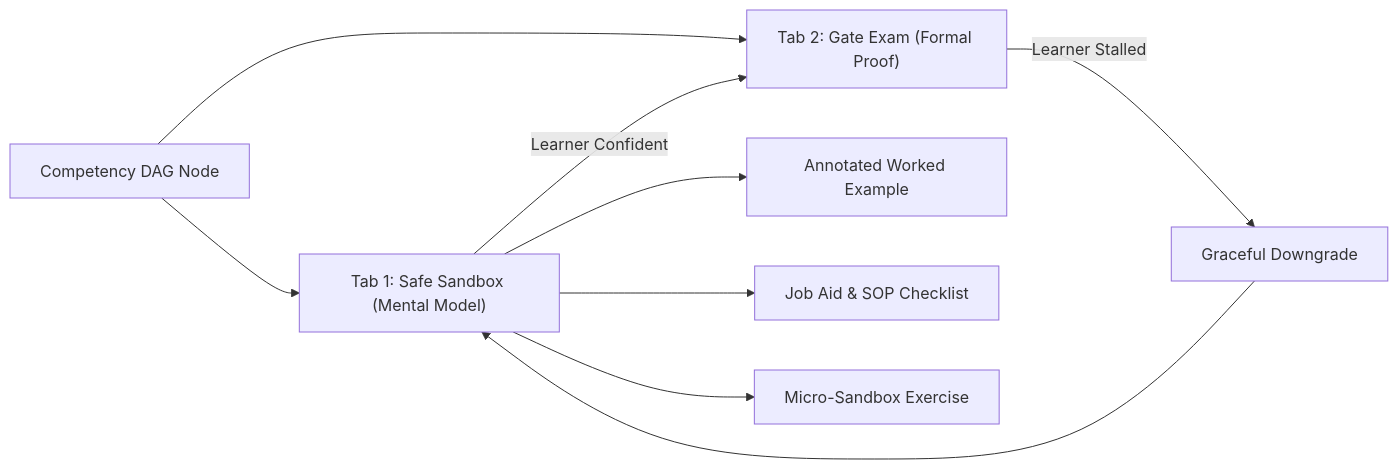
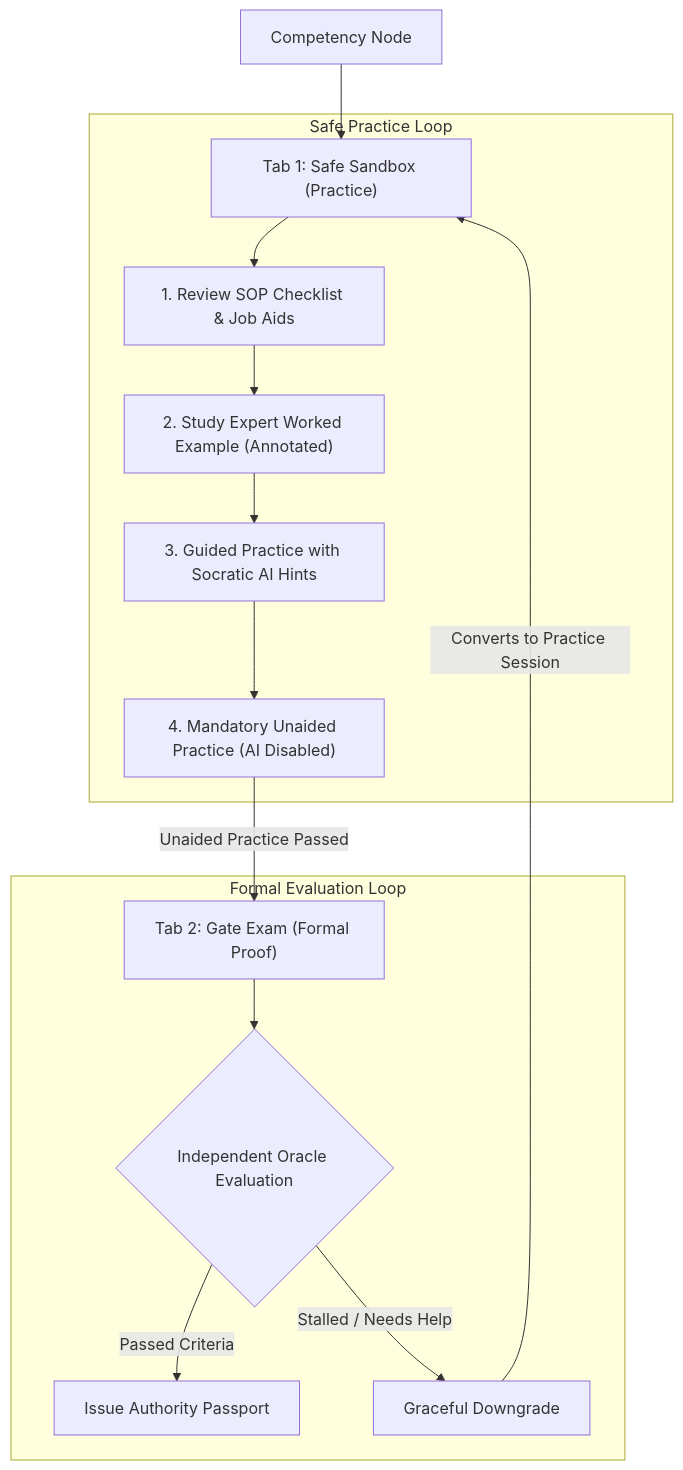
One commit to ihkaru/flashlearn changed the diagram in docs/architecture/04_solution_strategy.md. Above: the diagram before and after it, drawn with Mermaid. The commit also changed other lines of this file, not shown here.

````diff
--- a/docs/architecture/04_solution_strategy.md
+++ b/docs/architecture/04_solution_strategy.md
@@ -36,13 +40,21 @@
 ```mermaid
-flowchart LR
-    Node["Competency DAG Node"] --> Tab1["Tab 1: Safe Sandbox (Mental Model)"]
-    Node --> Tab2["Tab 2: Gate Exam (Formal Proof)"]
+flowchart TD
+    Node["Competency Node"] --> Tab1["Tab 1: Safe Sandbox (Practice)"]
     
-    Tab1 --> WE["Annotated Worked Example"]
-    Tab1 --> JA["Job Aid & SOP Checklist"]
-    Tab1 --> MS["Micro-Sandbox Exercise"]
+    subgraph Sandbox["Safe Practice Loop"]
+        Tab1 --> Step1["1. Review SOP Checklist & Job Aids"]
+        Step1 --> Step2["2. Study Expert Worked Example (Annotated)"]
+        Step2 --> Step3["3. Guided Practice with Socratic AI Hints"]
+        Step3 --> Step4["4. Mandatory Unaided Practice (AI Disabled)"]
+    end
     
-    Tab1 -->|"Learner Confident"| Tab2
-    Tab2 -->|"Learner Stalled"| Downgrade["Graceful Downgrade"]
-    Downgrade --> Tab1
+    Step4 -->|"Unaided Practice Passed"| Tab2["Tab 2: Gate Exam (Formal Proof)"]
+    
+    subgraph Exam["Formal Evaluation Loop"]
+        Tab2 --> Eval{"Independent Oracle Evaluation"}
+        Eval -->|"Passed Criteria"| Pass["Issue Authority Passport"]
+        Eval -->|"Stalled / Needs Help"| Downgrade["Graceful Downgrade"]
+    end
+    
+    Downgrade -->|"Converts to Practice Session"| Tab1
 ```
````
